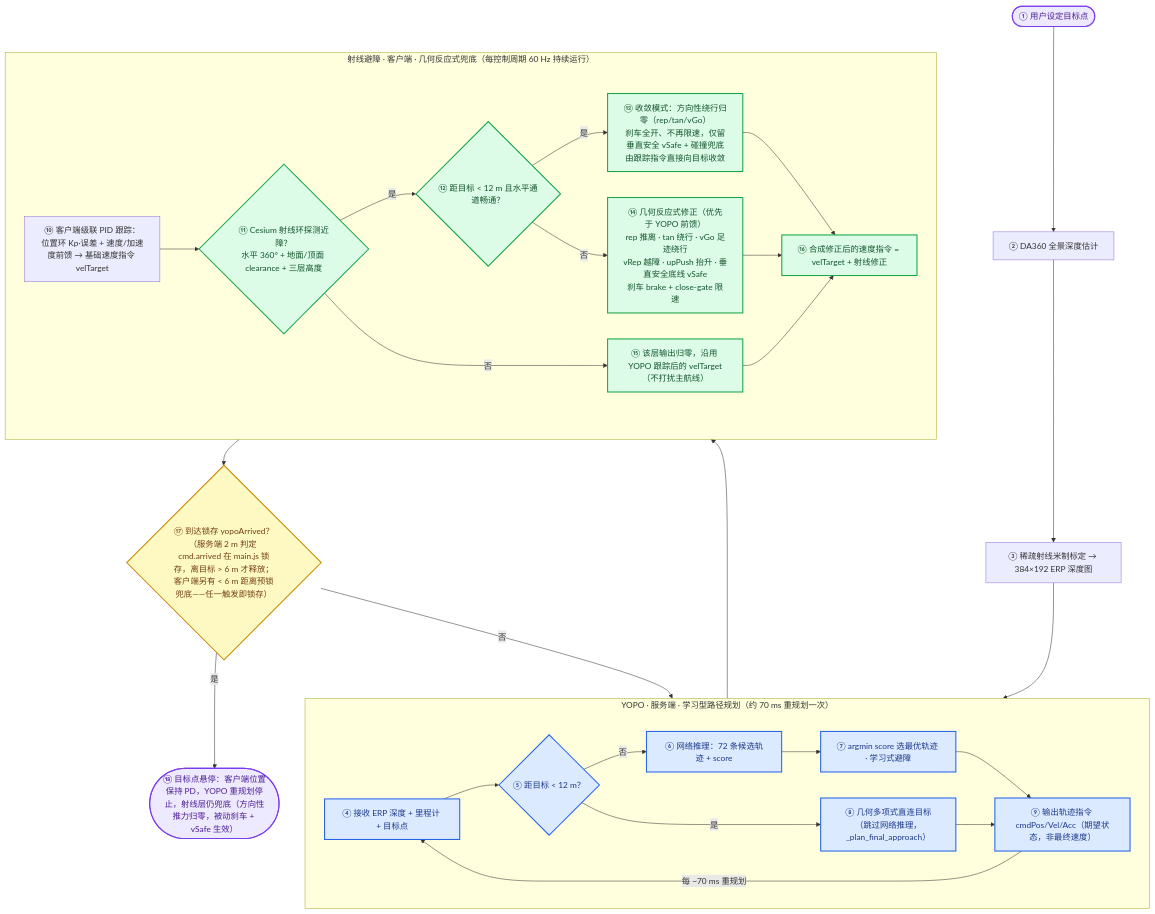
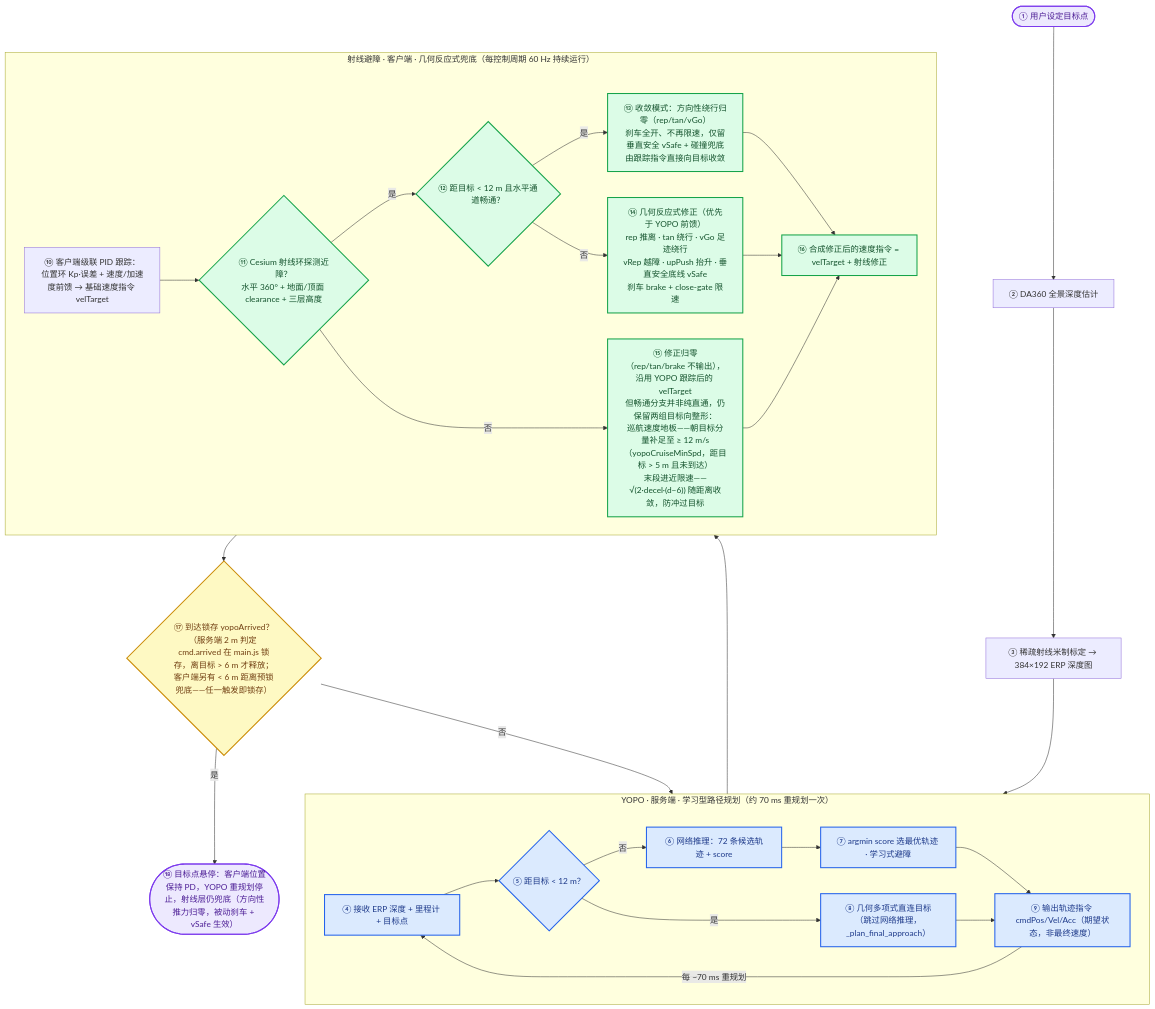
The diagram in README.md (wuuwuu26/MindCloud_World_Fly_Private), drawn with Mermaid before and after one commit. The commit also changed 1 other file, not shown here.

Commit message:
docs: ⑮ 补充畅通分支的巡航地板补速与末段进近限速（非纯直通）

````diff
--- a/README.md
+++ b/README.md
@@ -69,45 +69,45 @@
 ```mermaid
 flowchart TD
     classDef yopo fill:#dbeafe,stroke:#2563eb,stroke-width:2px,color:#1e3a8a;
     classDef ray fill:#dcfce7,stroke:#16a34a,stroke-width:2px,color:#14532d;
     classDef dec fill:#fef9c3,stroke:#ca8a04,stroke-width:2px,color:#713f12;
     classDef term fill:#ede9fe,stroke:#7c3aed,stroke-width:2px,color:#4c1d95;
 
     Start([① 用户设定目标点]) --> Depth[② DA360 全景深度估计]
     Depth --> Calib[③ 稀疏射线米制标定 → 384×192 ERP 深度图]
     Calib --> YIN
 
     subgraph YOPO["YOPO · 服务端 · 学习型路径规划（约 70 ms 重规划一次）"]
         direction LR
         YIN[④ 接收 ERP 深度 + 里程计 + 目标点]
         YIN --> Dist{⑤ 距目标 < 12 m？}
         Dist -->|否| Cands[⑥ 网络推理：72 条候选轨迹 + score]
         Cands --> Argmin[⑦ argmin score 选最优轨迹 · 学习式避障]
         Dist -->|是| Poly[⑧ 几何多项式直连目标<br/>（跳过网络推理，_plan_final_approach）]
         Argmin --> Cmd[⑨ 输出轨迹指令 cmdPos/Vel/Acc（期望状态，非最终速度）]
         Poly --> Cmd
         Cmd -->|每 ~70 ms 重规划| YIN
     end
     class YIN,Dist,Cands,Argmin,Poly,Cmd yopo;
 
     Cmd --> Track[⑩ 客户端级联 PID 跟踪：位置环 Kp·误差 + 速度/加速度前馈 → 基础速度指令 velTarget]
 
     subgraph RAY["射线避障 · 客户端 · 几何反应式兜底（每控制周期 60 Hz 持续运行）"]
         direction LR
         Track --> Probe{"⑪ Cesium 射线环探测近障？<br/>水平 360° + 地面/顶面 clearance + 三层高度"}
         Probe -->|是| Near{⑫ 距目标 < 12 m 且水平通道畅通？}
         Near -->|是| Converge["⑬ 收敛模式：方向性绕行归零（rep/tan/vGo）<br/>刹车全开、不再限速，仅留垂直安全 vSafe + 碰撞兜底<br/>由跟踪指令直接向目标收敛"]
         Near -->|否| Field["⑭ 几何反应式修正（优先于 YOPO 前馈）<br/>rep 推离 · tan 绕行 · vGo 足迹绕行<br/>vRep 越障 · upPush 抬升 · 垂直安全底线 vSafe<br/>刹车 brake + close-gate 限速"]
-        Probe -->|否| Zero["⑮ 该层输出归零，沿用 YOPO 跟踪后的 velTarget（不打扰主航线）"]
+        Probe -->|否| Zero["⑮ 修正归零（rep/tan/brake 不输出），沿用 YOPO 跟踪后的 velTarget<br/>但畅通分支并非纯直通，仍保留两组目标向整形：<br/>巡航速度地板——朝目标分量补足至 ≥ 12 m/s（yopoCruiseMinSpd，距目标 > 5 m 且未到达）<br/>末段进近限速——√(2·decel·(d−6)) 随距离收敛，防冲过目标"]
         Converge --> Synth[⑯ 合成修正后的速度指令 = velTarget + 射线修正]
         Field --> Synth
         Zero --> Synth
     end
     class Probe,Near,Converge,Field,Zero,Synth ray;
 
     Synth --> Arrive{"⑰ 到达锁存 yopoArrived？（服务端 2 m 判定 cmd.arrived 在 main.js 锁存，离目标 > 6 m 才释放；客户端另有 < 6 m 距离预锁兜底——任一触发即锁存）"}
     Arrive -->|否| YIN
     Arrive -->|是| End([⑱ 目标点悬停：客户端位置保持 PD，YOPO 重规划停止，射线层仍兜底（方向性推力归零，被动刹车 + vSafe 生效）])
     class Arrive dec;
     class Start,End term;
 ```
````
